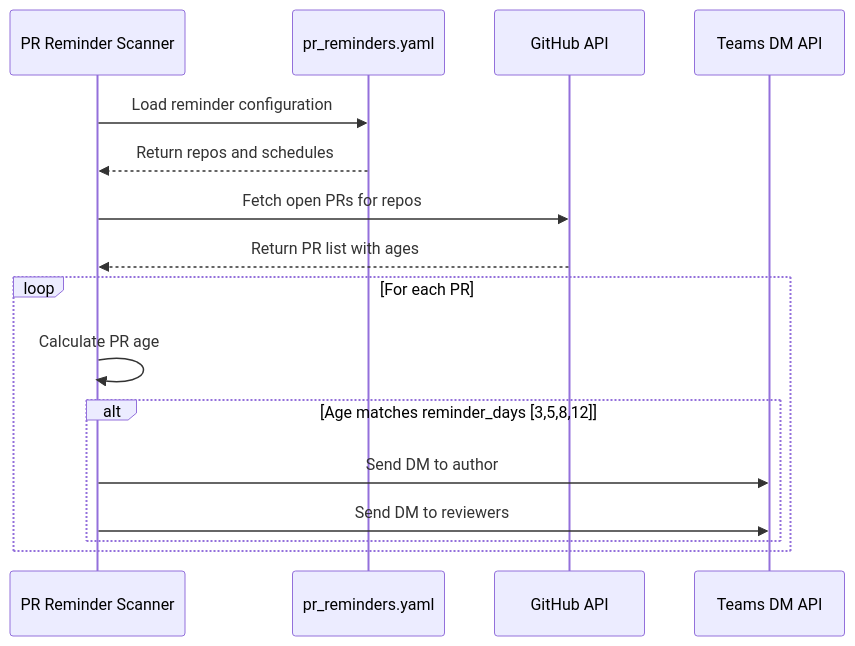
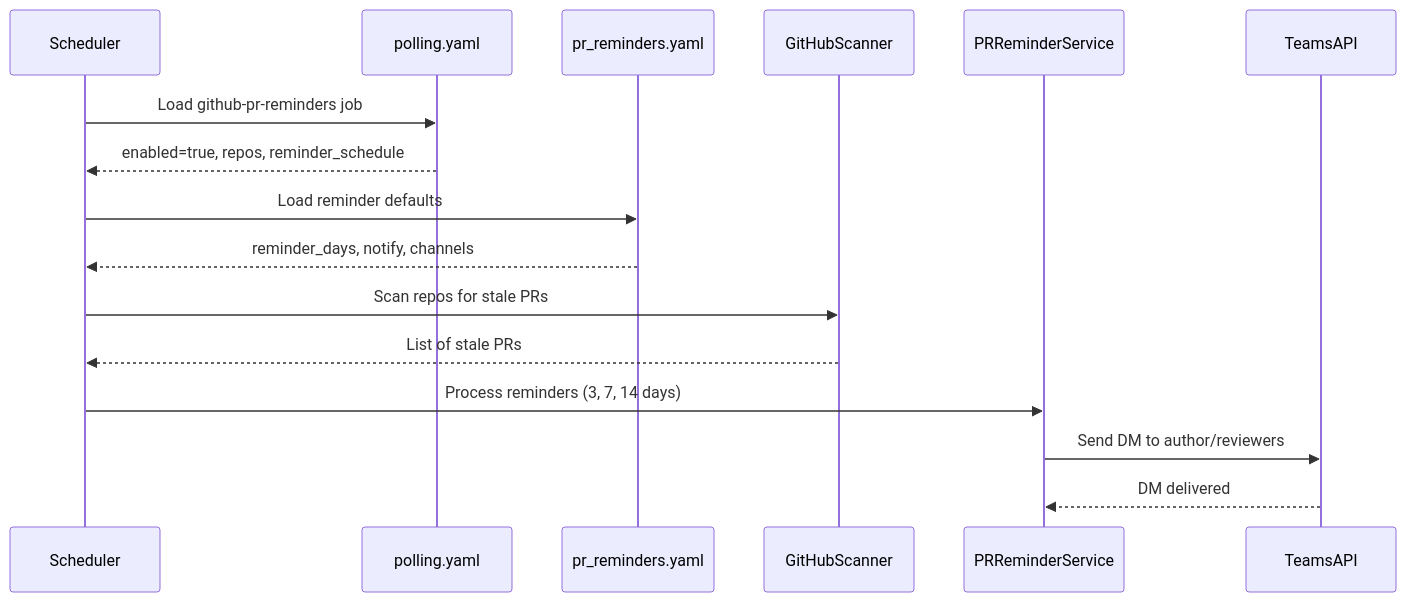
One commit to jmac-cornelis/agent-workforce changed the third of 4 diagrams in agents/drucker/docs/config.md. Above: the diagram before and after it, drawn with Mermaid. The commit also changed other lines of this file and 7 other files, not shown here.

````diff
--- a/agents/drucker/docs/config.md
+++ b/agents/drucker/docs/config.md
@@ -100,19 +73,19 @@
 ```mermaid
 sequenceDiagram
-    participant Scanner as PR Reminder Scanner
-    participant Config as pr_reminders.yaml
-    participant GitHub as GitHub API
-    participant Teams as Teams DM API
+    participant Scheduler
+    participant PollingConfig as polling.yaml
+    participant PRConfig as pr_reminders.yaml
+    participant GitHubScanner
+    participant PRReminderService
+    participant TeamsAPI
     
-    Scanner->>Config: Load reminder configuration
-    Config-->>Scanner: Return repos and schedules
-    Scanner->>GitHub: Fetch open PRs for repos
-    GitHub-->>Scanner: Return PR list with ages
-    loop For each PR
-        Scanner->>Scanner: Calculate PR age
-        alt Age matches reminder_days [3,5,8,12]
-            Scanner->>Teams: Send DM to author
-            Scanner->>Teams: Send DM to reviewers
-        end
-    end
+    Scheduler->>PollingConfig: Load github-pr-reminders job
+    PollingConfig-->>Scheduler: enabled=true, repos, reminder_schedule
+    Scheduler->>PRConfig: Load reminder defaults
+    PRConfig-->>Scheduler: reminder_days, notify, channels
+    Scheduler->>GitHubScanner: Scan repos for stale PRs
+    GitHubScanner-->>Scheduler: List of stale PRs
+    Scheduler->>PRReminderService: Process reminders (3, 7, 14 days)
+    PRReminderService->>TeamsAPI: Send DM to author/reviewers
+    TeamsAPI-->>PRReminderService: DM delivered
 ```
````
